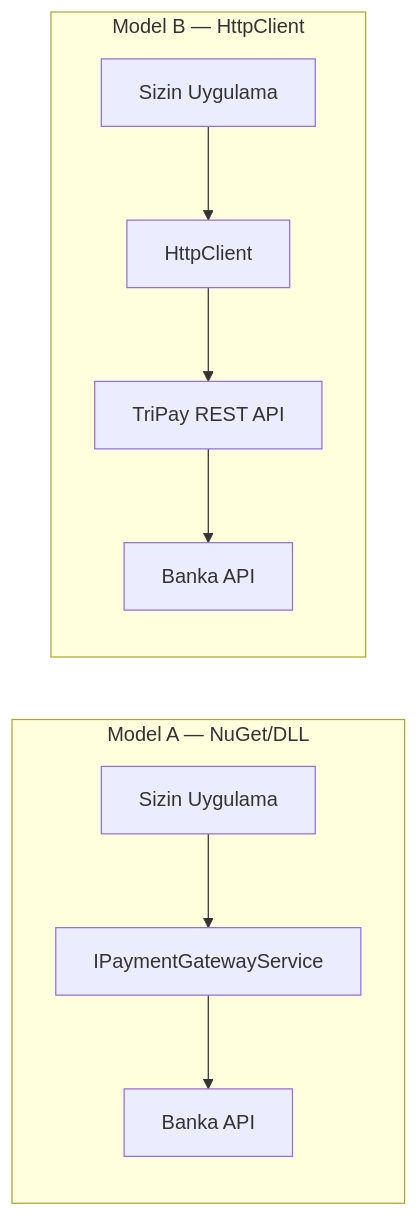
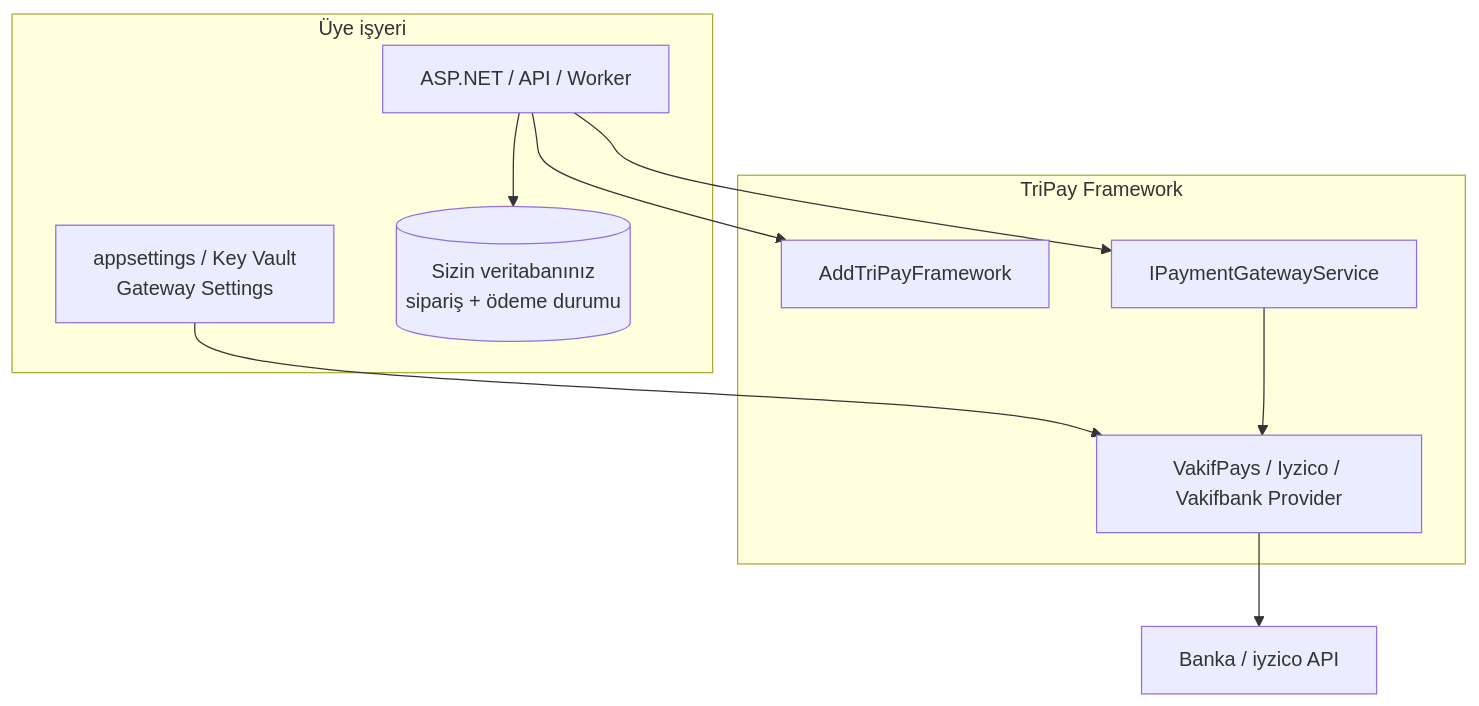
Before and after one commit to mehmetunal/tripay: the first of 8 diagrams in docs/TriPay_Kullanim_Kilavuzu.md, drawn with Mermaid. The commit also changed other lines of this file and 183 other files, not shown here.

````diff
--- a/docs/TriPay_Kullanim_Kilavuzu.md
+++ b/docs/TriPay_Kullanim_Kilavuzu.md
@@ -68,12 +103,19 @@
 ```mermaid
-flowchart LR
-    subgraph A["Model A — NuGet/DLL"]
-        App1[Sizin Uygulama] --> Svc[IPaymentGatewayService]
-        Svc --> Banka[Banka API]
+flowchart TB
+    subgraph Merchant["Üye işyeri"]
+        App[ASP.NET / API / Worker]
+        CFG[appsettings / Key Vault<br/>Gateway Settings]
+        MDB[(Sizin veritabanınız<br/>sipariş + ödeme durumu)]
     end
-    subgraph B["Model B — HttpClient"]
-        App2[Sizin Uygulama] --> HTTP[HttpClient]
-        HTTP --> API[TriPay REST API]
-        API --> Banka2[Banka API]
+    subgraph TriPayFW["TriPay Framework"]
+        AddPay[AddTriPayFramework]
+        Svc[IPaymentGatewayService]
+        Prov[VakifPays / Iyzico / Vakifbank Provider]
     end
+    Bank[Banka / iyzico API]
+
+    App --> AddPay
+    CFG --> Prov
+    App --> Svc --> Prov --> Bank
+    App --> MDB
 ```
````
